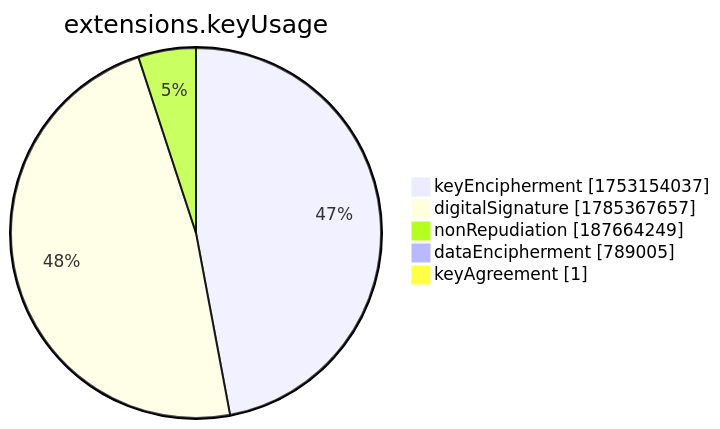
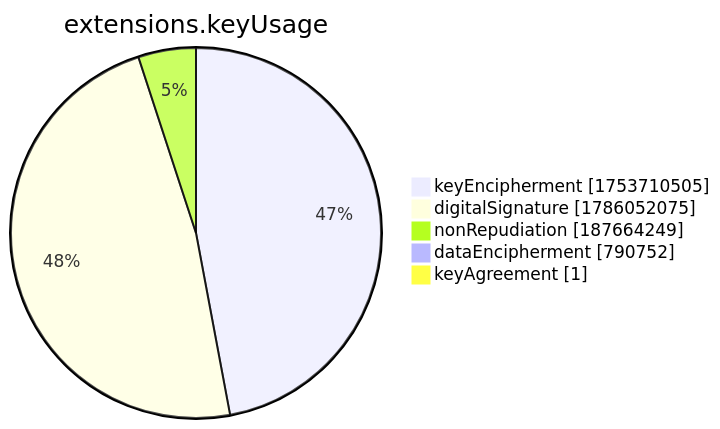
The seventh of 15 diagrams in xenon2022/README.md (christiankrug/ctmonitor_visualization), drawn with Mermaid before and after one commit. The commit also changed other lines of this file, not shown here.

````diff
--- a/xenon2022/README.md
+++ b/xenon2022/README.md
@@ -2859,9 +2859,9 @@
 ```mermaid
 pie showData
 title extensions.keyUsage
-"keyEncipherment" :1753154037
-"digitalSignature" :1785367657
+"keyEncipherment" :1753710505
+"digitalSignature" :1786052075
 "nonRepudiation" :187664249
-"dataEncipherment" :789005
+"dataEncipherment" :790752
 "keyAgreement" :1
 ```
````
